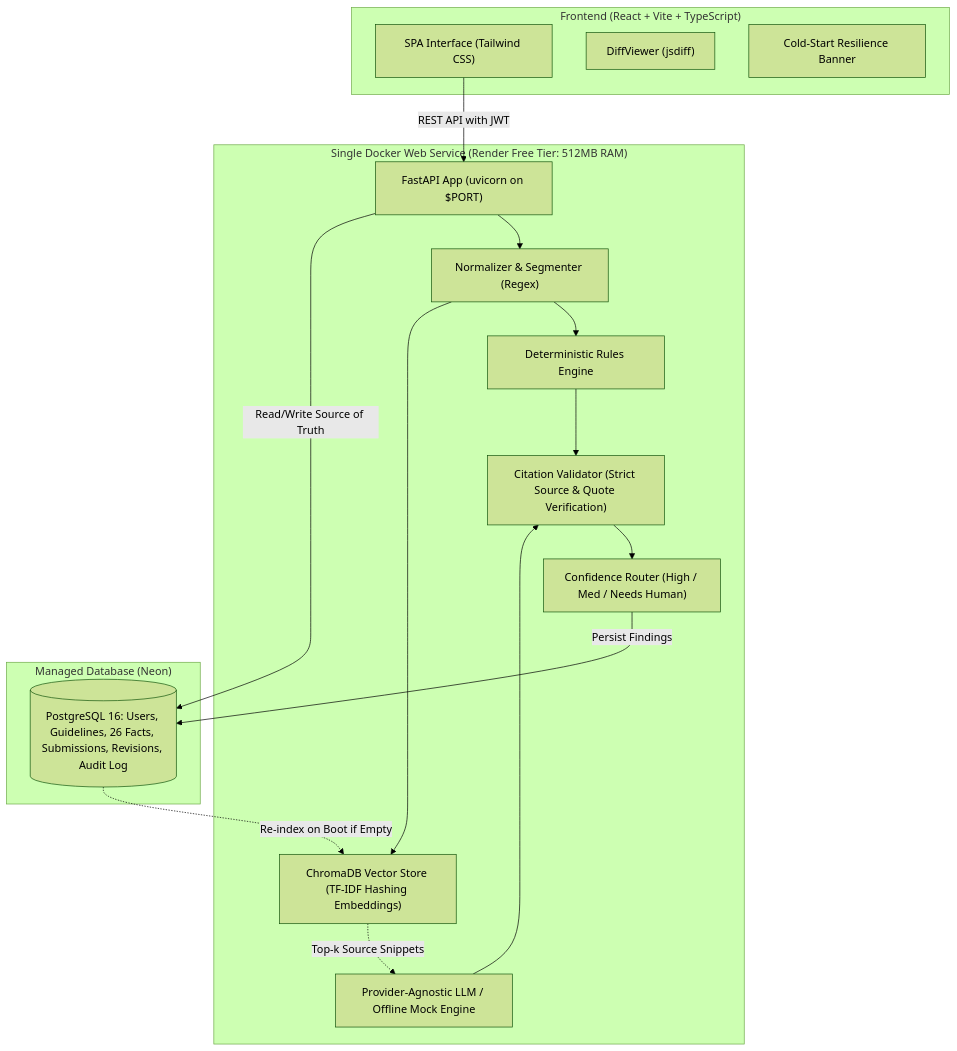
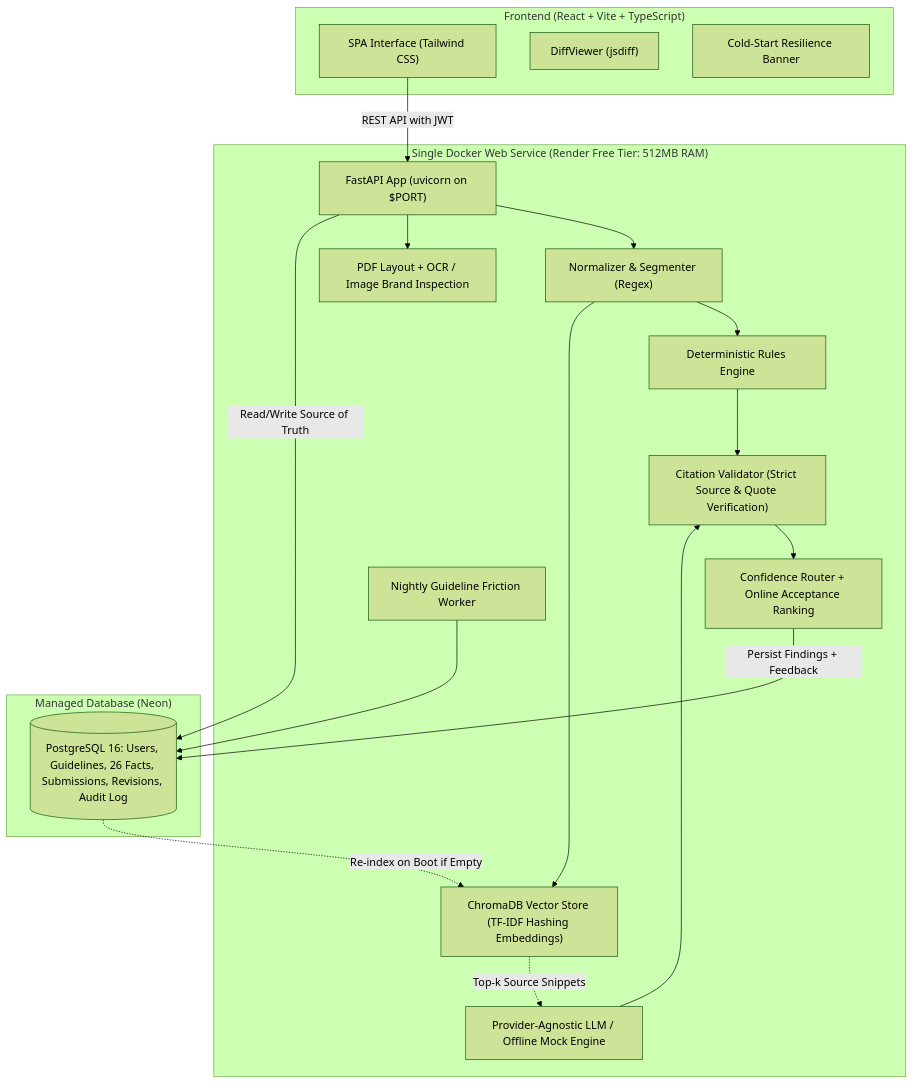
The diagram in README.md (shwetarahate13/BrandGuard), drawn with Mermaid (forest theme) before and after one commit. The commit also changed other lines of this file and 10 other files, not shown here.

````diff
--- a/README.md
+++ b/README.md
@@ -14,33 +14,37 @@
 ```mermaid
 flowchart TD
     subgraph Client["Frontend (React + Vite + TypeScript)"]
         UI["SPA Interface (Tailwind CSS)"]
         DIFF["DiffViewer (jsdiff)"]
         COLD["Cold-Start Resilience Banner"]
     end
 
     subgraph Service["Single Docker Web Service (Render Free Tier: 512MB RAM)"]
         FASTAPI["FastAPI App (uvicorn on $PORT)"]
         NORM["Normalizer & Segmenter (Regex)"]
         RULES["Deterministic Rules Engine"]
         CHROMA["ChromaDB Vector Store (TF-IDF Hashing Embeddings)"]
         LLM["Provider-Agnostic LLM / Offline Mock Engine"]
         VAL["Citation Validator (Strict Source & Quote Verification)"]
-        CONF["Confidence Router (High / Med / Needs Human)"]
+        CONF["Confidence Router + Online Acceptance Ranking"]
+        MEDIA["PDF Layout + OCR / Image Brand Inspection"]
+        DFI["Nightly Guideline Friction Worker"]
     end
 
     subgraph Storage["Managed Database (Neon)"]
         PG[("PostgreSQL 16: Users, Guidelines, 26 Facts, Submissions, Revisions, Audit Log")]
     end
 
     UI -->|REST API with JWT| FASTAPI
     FASTAPI --> NORM
+    FASTAPI --> MEDIA
+    DFI --> PG
     NORM --> RULES
     NORM --> CHROMA
     CHROMA -.->|Top-k Source Snippets| LLM
     RULES & LLM --> VAL
     VAL --> CONF
-    CONF -->|Persist Findings| PG
+    CONF -->|Persist Findings + Feedback| PG
     FASTAPI -->|Read/Write Source of Truth| PG
     PG -.->|Re-index on Boot if Empty| CHROMA
 ```
````
